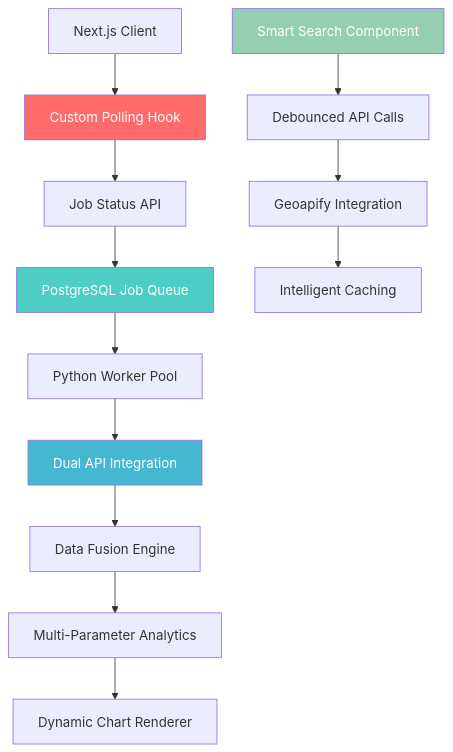
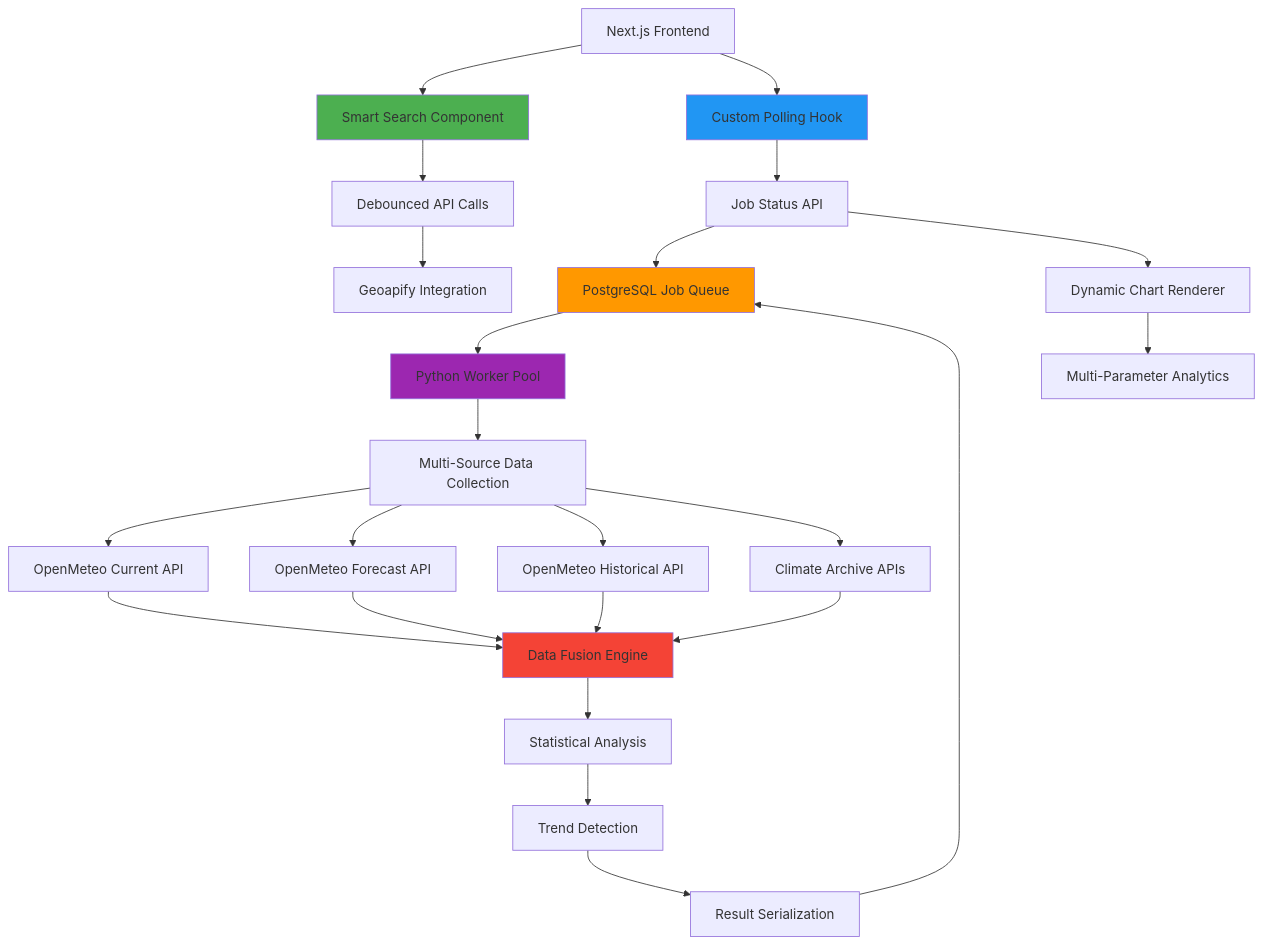
Before and after one commit to AbhinavCoder-14/AeroCast: the diagram in README.md, drawn with Mermaid. The commit also changed other lines of this file, not shown here.

````diff
--- a/README.md
+++ b/README.md
@@ -34,20 +60,38 @@
 ```mermaid
 graph TB
-    A[Next.js Client] --> B[Custom Polling Hook]
-    B --> C[Job Status API]
-    C --> D[PostgreSQL Job Queue]
-    D --> E[Python Worker Pool]
-    E --> F[Dual API Integration]
-    F --> G[Data Fusion Engine]
-    G --> H[Multi-Parameter Analytics]
-    H --> I[Dynamic Chart Renderer]
+    A[Next.js Frontend] --> B[Smart Search Component]
+    A --> C[Custom Polling Hook]
     
-    J[Smart Search Component] --> K[Debounced API Calls]
-    K --> L[Geoapify Integration]
-    L --> M[Intelligent Caching]
+    B --> D[Debounced API Calls]
+    D --> E[Geoapify Integration]
     
-    style B fill:#ff6b6b,color:#fff
-    style D fill:#4ecdc4,color:#fff
-    style F fill:#45b7d1,color:#fff
-    style J fill:#96ceb4,color:#fff
+    C --> F[Job Status API]
+    F --> G[PostgreSQL Job Queue]
+    
+    G --> H[Python Worker Pool]
+    H --> I[Multi-Source Data Collection]
+    
+    I --> J[OpenMeteo Current API]
+    I --> K[OpenMeteo Forecast API] 
+    I --> L[OpenMeteo Historical API]
+    I --> M[Climate Archive APIs]
+    
+    J --> N[Data Fusion Engine]
+    K --> N
+    L --> N
+    M --> N
+    
+    N --> O[Statistical Analysis]
+    O --> P[Trend Detection]
+    P --> Q[Result Serialization]
+    
+    Q --> G
+    F --> R[Dynamic Chart Renderer]
+    R --> S[Multi-Parameter Analytics]
+    
+    style B fill:#4CAF50
+    style C fill:#2196F3
+    style G fill:#FF9800
+    style H fill:#9C27B0
+    style N fill:#F44336
 ```
````
